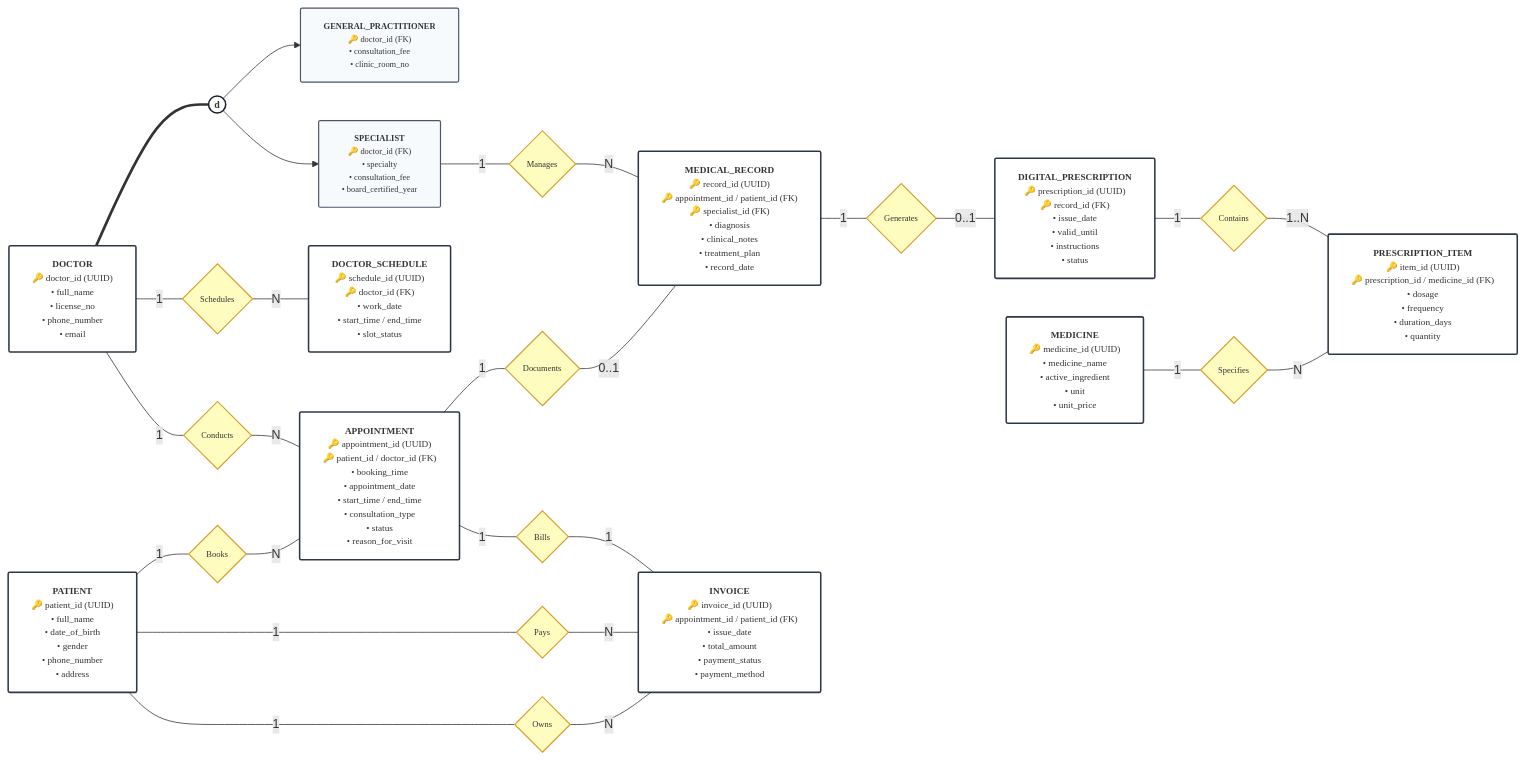
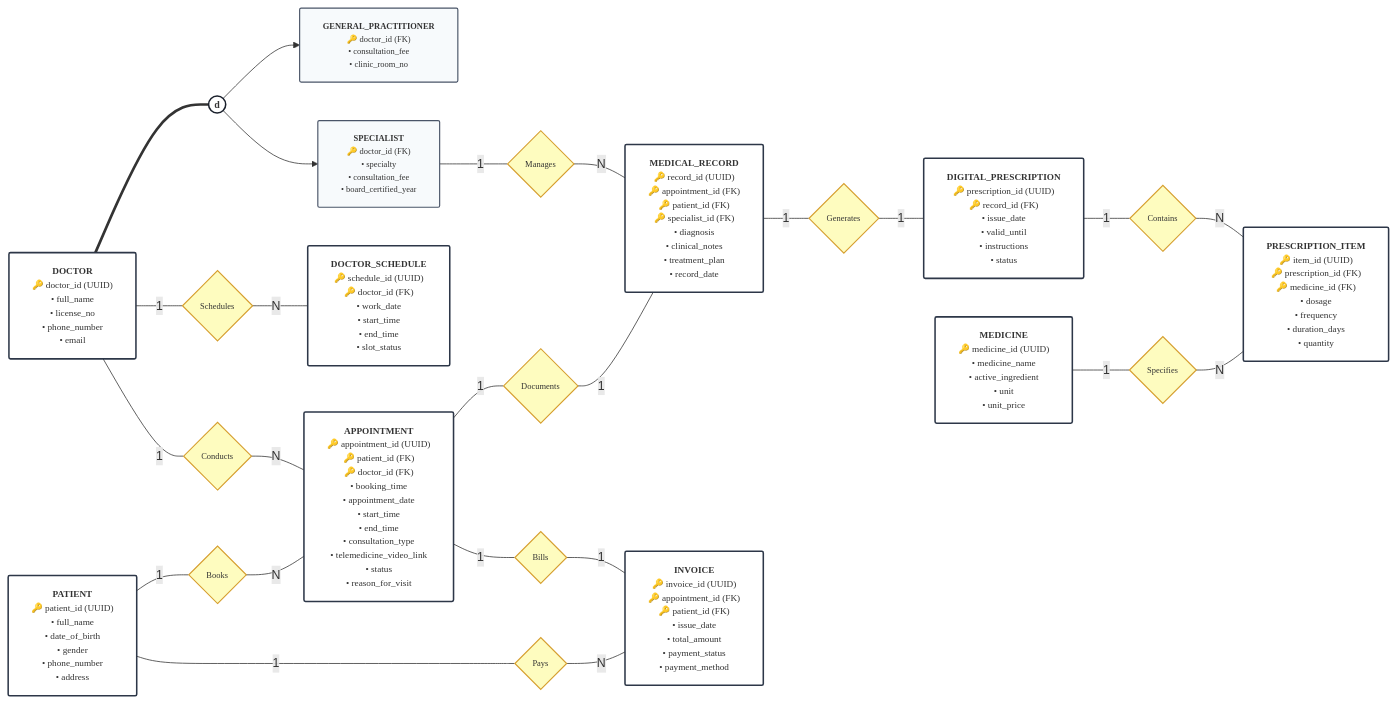
One commit to ndtuanminh-o/healthcare-clinic-telemedicine-portal changed the diagram in phase 1/eer/EER_Diagram_EN.md. Above: the diagram before and after it, drawn with Mermaid. The commit also changed other lines of this file, not shown here.

Commit message:
docs(phase-1): refine EER model cardinalities, relationships, and cross-phase alignment

````diff
--- a/phase 1/eer/EER_Diagram_EN.md
+++ b/phase 1/eer/EER_Diagram_EN.md
@@ -35,23 +53,23 @@
 
     SPEC["<b>SPECIALIST</b><br/>🔑 doctor_id (FK)<br/>• specialty<br/>• consultation_fee<br/>• board_certified_year"]:::subclass
 
-    DOC_SCHED["<b>DOCTOR_SCHEDULE</b><br/>🔑 schedule_id (UUID)<br/>🔑 doctor_id (FK)<br/>• work_date<br/>• start_time / end_time<br/>• slot_status"]:::entity
+    DOC_SCHED["<b>DOCTOR_SCHEDULE</b><br/>🔑 schedule_id (UUID)<br/>🔑 doctor_id (FK)<br/>• work_date<br/>• start_time<br/>• end_time<br/>• slot_status"]:::entity
 
     PATIENT["<b>PATIENT</b><br/>🔑 patient_id (UUID)<br/>• full_name<br/>• date_of_birth<br/>• gender<br/>• phone_number<br/>• address"]:::entity
 
-    APPT["<b>APPOINTMENT</b><br/>🔑 appointment_id (UUID)<br/>🔑 patient_id / doctor_id (FK)<br/>• booking_time<br/>• appointment_date<br/>• start_time / end_time<br/>• consultation_type<br/>• status<br/>• reason_for_visit"]:::entity
+    APPT["<b>APPOINTMENT</b><br/>🔑 appointment_id (UUID)<br/>🔑 patient_id (FK)<br/>🔑 doctor_id (FK)<br/>• booking_time<br/>• appointment_date<br/>• start_time<br/>• end_time<br/>• consultation_type<br/>• telemedicine_video_link<br/>• status<br/>• reason_for_visit"]:::entity
 
-    MED_REC["<b>MEDICAL_RECORD</b><br/>🔑 record_id (UUID)<br/>🔑 appointment_id / patient_id (FK)<br/>🔑 specialist_id (FK)<br/>• diagnosis<br/>• clinical_notes<br/>• treatment_plan<br/>• record_date"]:::entity
+    MED_REC["<b>MEDICAL_RECORD</b><br/>🔑 record_id (UUID)<br/>🔑 appointment_id (FK)<br/>🔑 patient_id (FK)<br/>🔑 specialist_id (FK)<br/>• diagnosis<br/>• clinical_notes<br/>• treatment_plan<br/>• record_date"]:::entity
 
     PRESCRIPTION["<b>DIGITAL_PRESCRIPTION</b><br/>🔑 prescription_id (UUID)<br/>🔑 record_id (FK)<br/>• issue_date<br/>• valid_until<br/>• instructions<br/>• status"]:::entity
 
-    PRES_ITEM["<b>PRESCRIPTION_ITEM</b><br/>🔑 item_id (UUID)<br/>🔑 prescription_id / medicine_id (FK)<br/>• dosage<br/>• frequency<br/>• duration_days<br/>• quantity"]:::entity
+    PRES_ITEM["<b>PRESCRIPTION_ITEM</b><br/>🔑 item_id (UUID)<br/>🔑 prescription_id (FK)<br/>🔑 medicine_id (FK)<br/>• dosage<br/>• frequency<br/>• duration_days<br/>• quantity"]:::entity
 
     MEDICINE["<b>MEDICINE</b><br/>🔑 medicine_id (UUID)<br/>• medicine_name<br/>• active_ingredient<br/>• unit<br/>• unit_price"]:::entity
 
-    INVOICE["<b>INVOICE</b><br/>🔑 invoice_id (UUID)<br/>🔑 appointment_id / patient_id (FK)<br/>• issue_date<br/>• total_amount<br/>• payment_status<br/>• payment_method"]:::entity
+    INVOICE["<b>INVOICE</b><br/>🔑 invoice_id (UUID)<br/>🔑 appointment_id (FK)<br/>🔑 patient_id (FK)<br/>• issue_date<br/>• total_amount<br/>• payment_status<br/>• payment_method"]:::entity
 
-    %% 2. Relationship Diamonds
+    %% 2. Relationship Diamonds (10 Formal Relationships)
     rel_sched{"Schedules"}:::rel
     rel_cond{"Conducts"}:::rel
     rel_books{"Books"}:::rel
@@ -62,13 +80,13 @@
     rel_spec_med{"Specifies"}:::rel
     rel_bills{"Bills"}:::rel
     rel_pays{"Pays"}:::rel
-    rel_owns{"Owns"}:::rel
 
-    %% 3. Connections as shown in er_diagram_cropped.png
+    %% 3. Specialization Connections
     DOCTOR === spec_d
     spec_d --> GP
     spec_d --> SPEC
 
+    %% 4. Structural Relationship Connections
     DOCTOR ---|1| rel_sched
     rel_sched ---|N| DOC_SCHED
 
@@ -79,16 +97,16 @@
     rel_books ---|N| APPT
 
     APPT ---|1| rel_doc
-    rel_doc ---|0..1| MED_REC
+    rel_doc ---|1| MED_REC
 
     SPEC ---|1| rel_spec_man
     rel_spec_man ---|N| MED_REC
 
     MED_REC ---|1| rel_gen
-    rel_gen ---|0..1| PRESCRIPTION
+    rel_gen ---|1| PRESCRIPTION
 
     PRESCRIPTION ---|1| rel_cont
-    rel_cont ---|1..N| PRES_ITEM
+    rel_cont ---|N| PRES_ITEM
 
     MEDICINE ---|1| rel_spec_med
     rel_spec_med ---|N| PRES_ITEM
@@ -98,7 +116,4 @@
 
     PATIENT ---|1| rel_pays
     rel_pays ---|N| INVOICE
-
-    PATIENT ---|1| rel_owns
-    rel_owns ---|N| INVOICE
 ```
````
